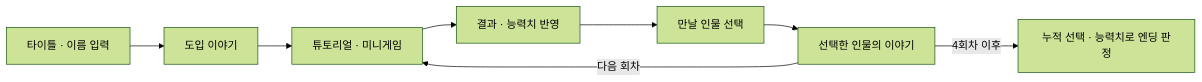
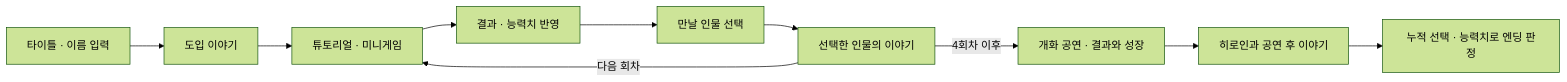
One commit to yoon778/26_WinAPI_No_Save_Love_Project changed the first of 2 diagrams in README.md. Above: the diagram before and after it, drawn with Mermaid (forest theme). The commit also changed other lines of this file and 22 other files, not shown here.

````diff
--- a/README.md
+++ b/README.md
@@ -36,10 +36,12 @@
 ```mermaid
 flowchart LR
     A[타이틀 · 이름 입력] --> B[도입 이야기]
     B --> C[튜토리얼 · 미니게임]
     C --> D[결과 · 능력치 반영]
     D --> E[만날 인물 선택]
     E --> F[선택한 인물의 이야기]
     F -->|다음 회차| C
-    F -->|4회차 이후| G[누적 선택 · 능력치로 엔딩 판정]
+    F -->|4회차 이후| P[개화 공연 · 결과와 성장]
+    P --> H[히로인과 공연 후 이야기]
+    H --> G[누적 선택 · 능력치로 엔딩 판정]
 ```
````
